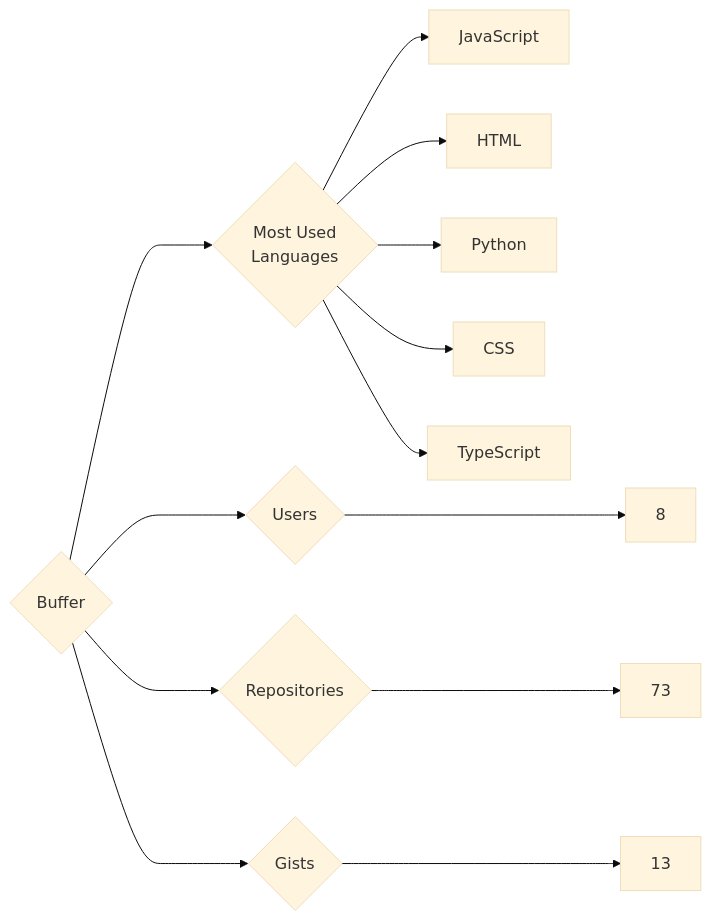
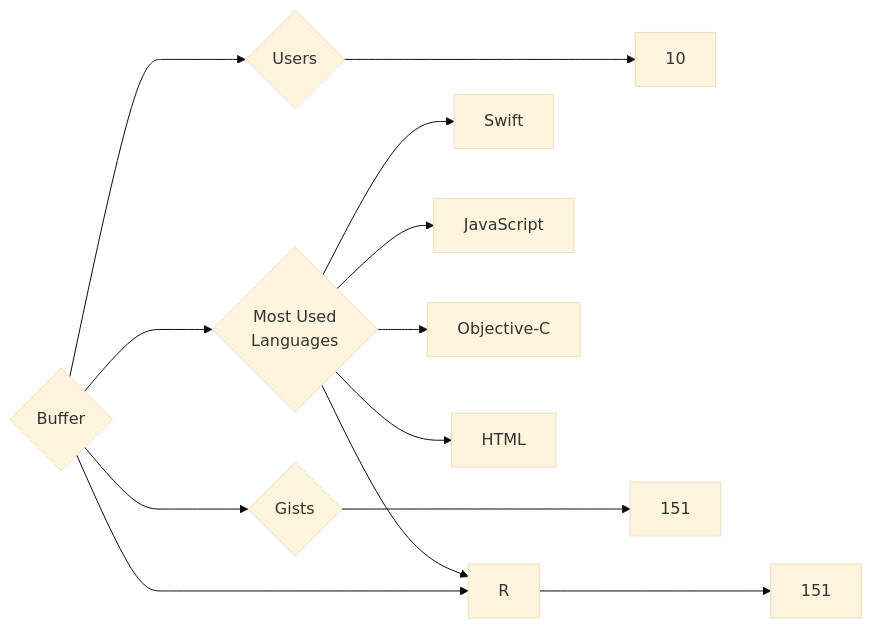
Before and after one commit to trickest/insiders: the diagram in targets/Buffer/README.md, drawn with Mermaid (base theme). The commit also changed 916 other files, not shown here.

````diff
--- a/targets/Buffer/README.md
+++ b/targets/Buffer/README.md
@@ -3,13 +3,13 @@
 ```mermaid
 graph LR
 COMPANY_NAME{Buffer}
-COMPANY_NAME ---> U{Users} ---> UN[8]
-COMPANY_NAME ---> R{Repositories} ---> RN[73]
-COMPANY_NAME ---> G{Gists} ---> GN[13]
+COMPANY_NAME ---> U{Users} ---> UN[10]
+COMPANY_NAME ---> R{Repositories} ---> RN[151]
+COMPANY_NAME ---> G{Gists} ---> GN[151]
 COMPANY_NAME ---> ML{Most Used<br>Languages}
+ML --> Swift[Swift]
 ML --> JavaScript[JavaScript]
+ML --> Objective-C[Objective-C]
 ML --> HTML[HTML]
-ML --> Python[Python]
-ML --> CSS[CSS]
-ML --> TypeScript[TypeScript]
+ML --> R[R]
 ```
````
